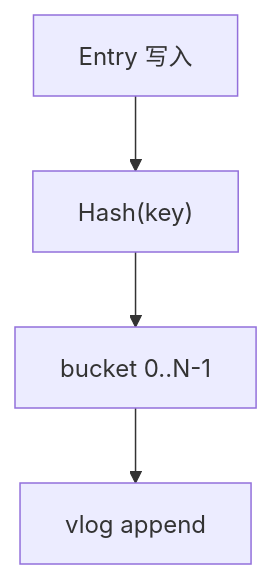
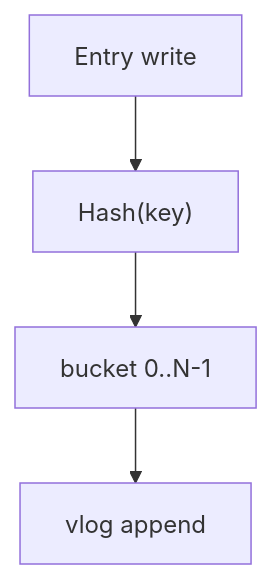
One commit to feichai0017/NoKV changed the fifth of 7 diagrams in docs/notes/2026-02-05-vlog-design-and-gc.md. Above: the diagram before and after it, drawn with Mermaid. The commit also changed other lines of this file and 23 other files, not shown here.

````diff
--- a/docs/notes/2026-02-05-vlog-design-and-gc.md
+++ b/docs/notes/2026-02-05-vlog-design-and-gc.md
@@ -171,6 +171,6 @@
 ```mermaid
 flowchart TD
-  E["Entry 写入"] --> H["Hash(key)"]
+  E["Entry write"] --> H["Hash(key)"]
   H --> B["bucket 0..N-1"]
   B --> V["vlog append"]
 ```
````
